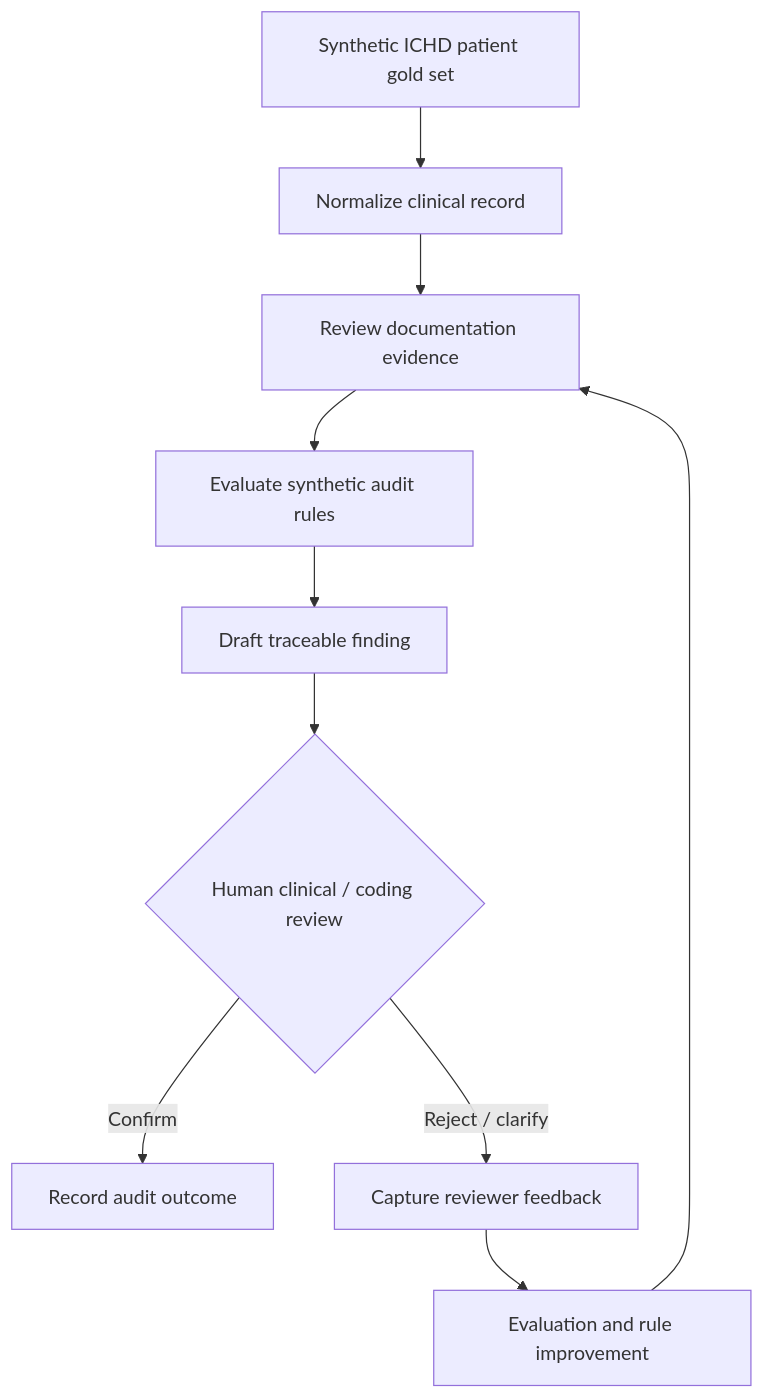
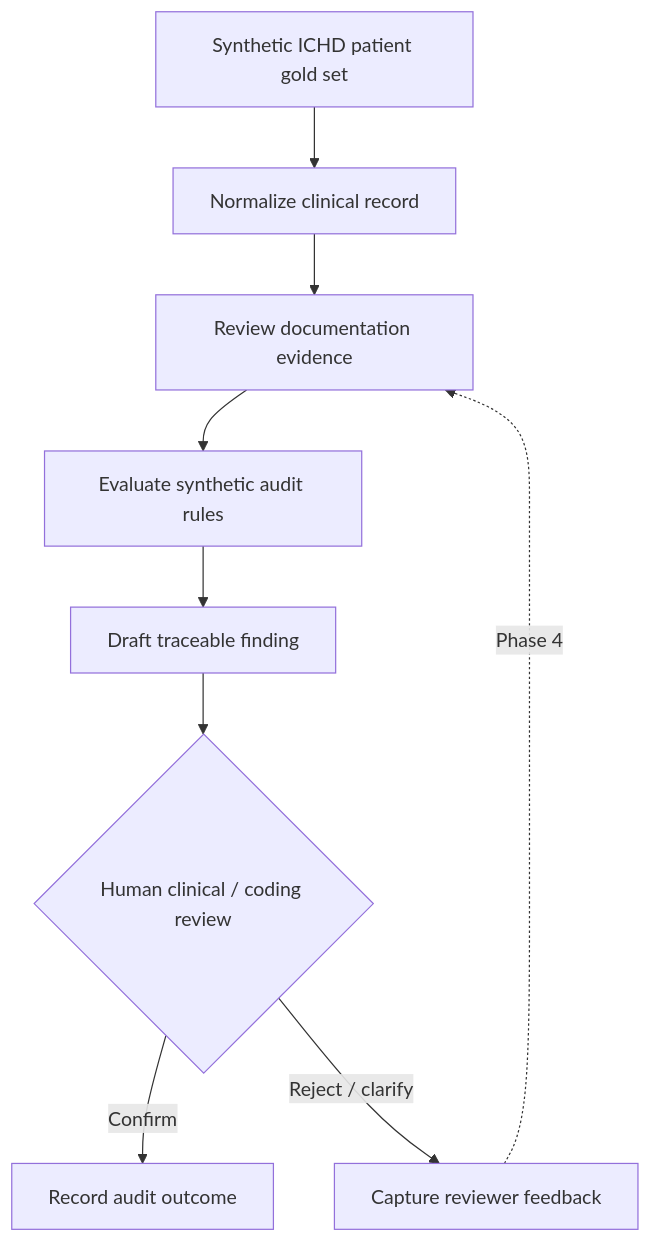
Before and after one commit to fmlin0429712024/clinical-documentation-audit-poc: the diagram in README.md, drawn with Mermaid. The commit also changed other lines of this file, not shown here.

First line of the commit message:
Rewrite README as phase-based project overview

````diff
--- a/README.md
+++ b/README.md
@@ -22,12 +26,11 @@
 ```mermaid
 flowchart TD
     A["Synthetic ICHD patient gold set"] --> B["Normalize clinical record"]
     B --> C["Review documentation evidence"]
     C --> D["Evaluate synthetic audit rules"]
     D --> E["Draft traceable finding"]
     E --> F{"Human clinical / coding review"}
     F -->|Confirm| G["Record audit outcome"]
     F -->|Reject / clarify| H["Capture reviewer feedback"]
-    H --> I["Evaluation and rule improvement"]
-    I --> C
+    H -.Phase 4.-> C
 ```
````
